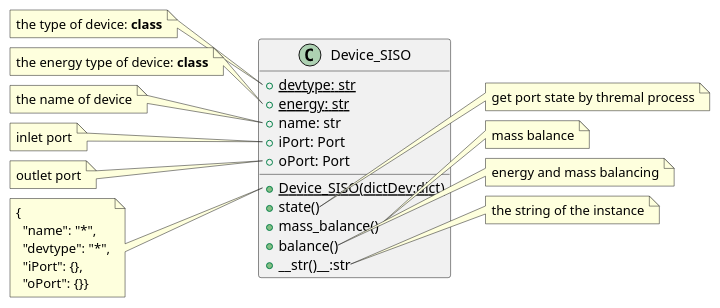
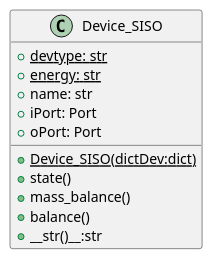
One commit to thermalogic/SimVCCE changed the diagram in doc/uml/puml/device_siso.puml. Above: the diagram before and after it, drawn with PlantUML. The commit also changed 10 other files, not shown here.

```diff
--- a/doc/uml/puml/device_siso.puml
+++ b/doc/uml/puml/device_siso.puml
@@ -1,48 +1,14 @@
 @startuml
 class Device_SISO {
   + {static} devtype: str
   + {static} energy: str
   + name: str
   + iPort: Port
   + oPort: Port
   + {static} Device_SISO(dictDev:dict)
   + state()
   + mass_balance()
   + balance()
   + __str()__:str
 }
-note left of Device_SISO::devtype
-the type of device: **class**
-end note
-note left of Device_SISO::energy
-the energy type of device: **class**
-end note
-note left of Device_SISO::name
-the name of device
-end note
-note left of Device_SISO::iPort
-inlet port
-end note
-note left of Device_SISO::oPort
-outlet port
-end note
-note left of Device_SISO::Device_SISO(dictDev:dict)
-{
-  "name": "*",
-  "devtype": "*",
-  "iPort": {},
-  "oPort": {}}
-  end note
-  note right of Device_SISO::state
-  get port state by thremal process
-  end note
-  note right of Device_SISO::mass_balance()
-  mass balance
-  end note
-  note right of Device_SISO::balance
-  energy and mass balancing
-  end note
-  note right of Device_SISO::__str()__
-  the string of the instance
-  end note
 @enduml
```
